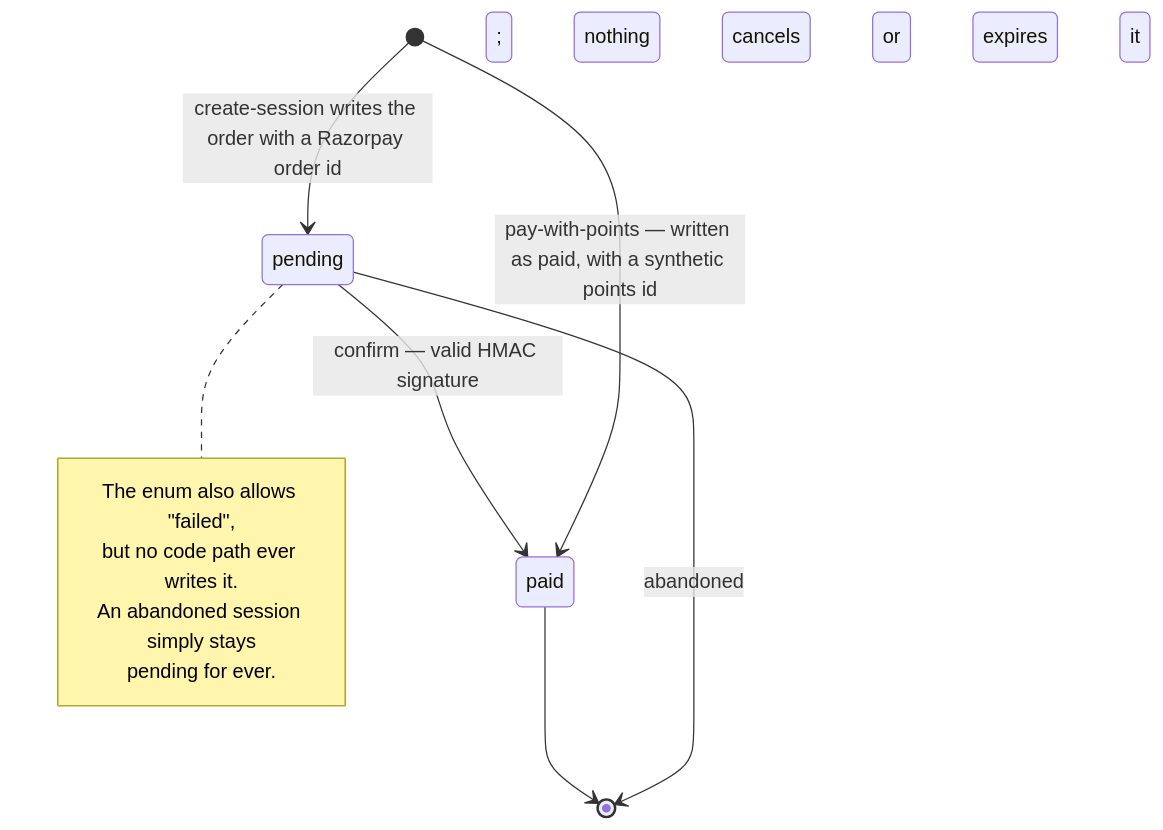
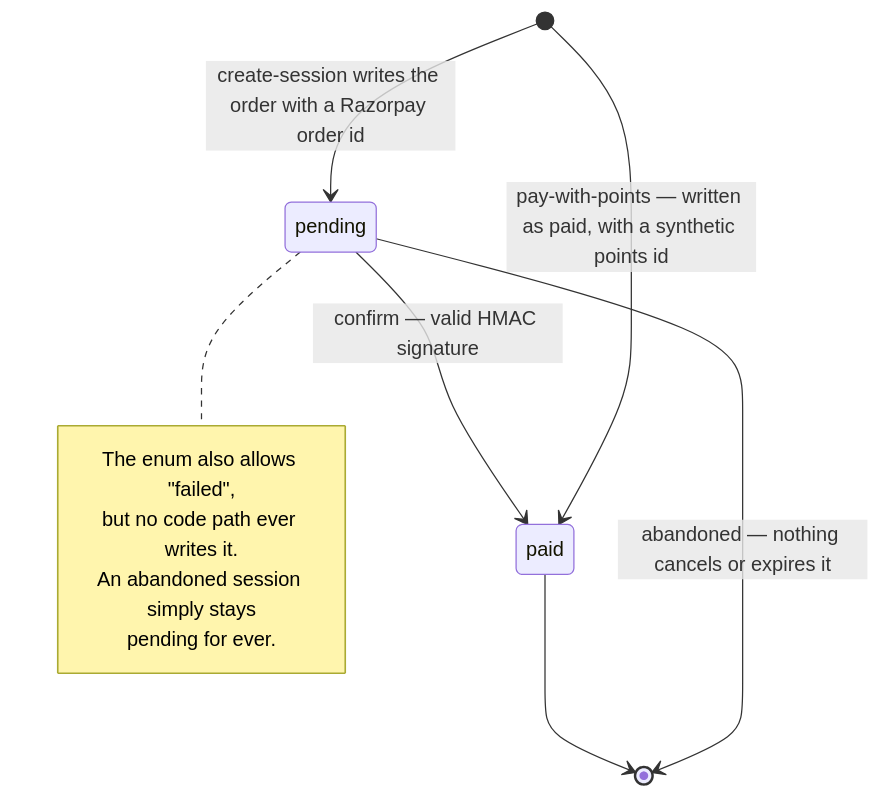
Before and after one commit to shiv-anshu-gupta/TypeScriptProject: the first of 2 diagrams in docs/interfaces/database/orders.md, drawn with Mermaid. The commit also changed 7 other files, not shown here.

First line of the commit message:
docs: make the diagrams render, and prove all 72 parse

````diff
--- a/docs/interfaces/database/orders.md
+++ b/docs/interfaces/database/orders.md
@@ -129,15 +129,15 @@
 ```mermaid
 stateDiagram-v2
   [*] --> pending : create-session writes the order with a Razorpay order id
   pending --> paid : confirm — valid HMAC signature
   [*] --> paid : pay-with-points — written as paid, with a synthetic points id
   paid --> [*]
-  pending --> [*] : abandoned; nothing cancels or expires it
+  pending --> [*] : abandoned — nothing cancels or expires it
 
   note right of pending
     The enum also allows "failed",
     but no code path ever writes it.
     An abandoned session simply stays
     pending for ever.
   end note
 ```
````
